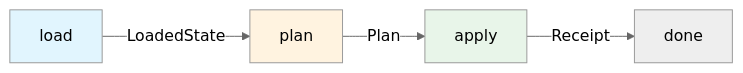
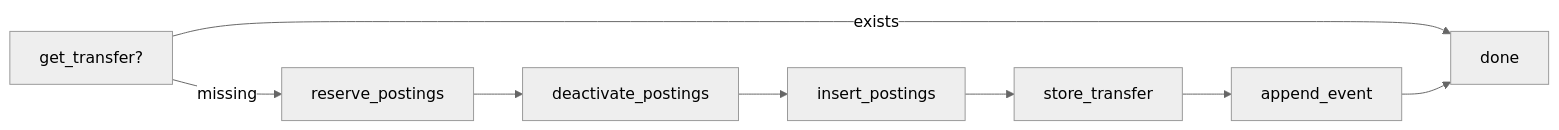
Before and after one commit to crodas/kuatia: the fifth of 6 diagrams in doc/architecture.md, drawn with Mermaid (neutral theme). The commit also changed other lines of this file and 27 other files, not shown here.

````diff
--- a/doc/architecture.md
+++ b/doc/architecture.md
@@ -156,9 +166,10 @@
 ```mermaid
 graph LR
-    A[load] -->|LoadedState| B[plan]
-    B -->|Plan| C[apply]
-    C -->|Receipt| D[done]
-    style A fill:#e1f5fe
-    style B fill:#fff3e0
-    style C fill:#e8f5e9
+    A[get_transfer?] -->|exists| Z[done]
+    A -->|missing| B[reserve_postings]
+    B --> C[deactivate_postings]
+    C --> D[insert_postings]
+    D --> E[store_transfer]
+    E --> F[append_event]
+    F --> Z
 ```
````
